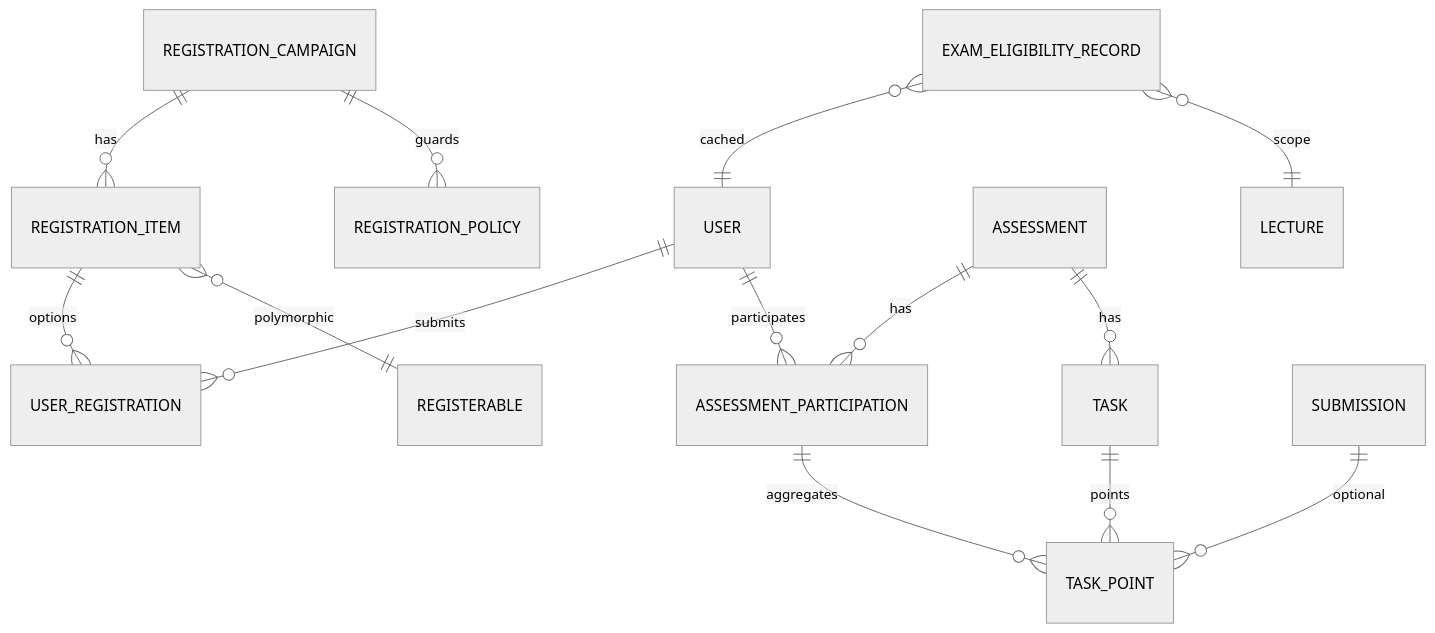
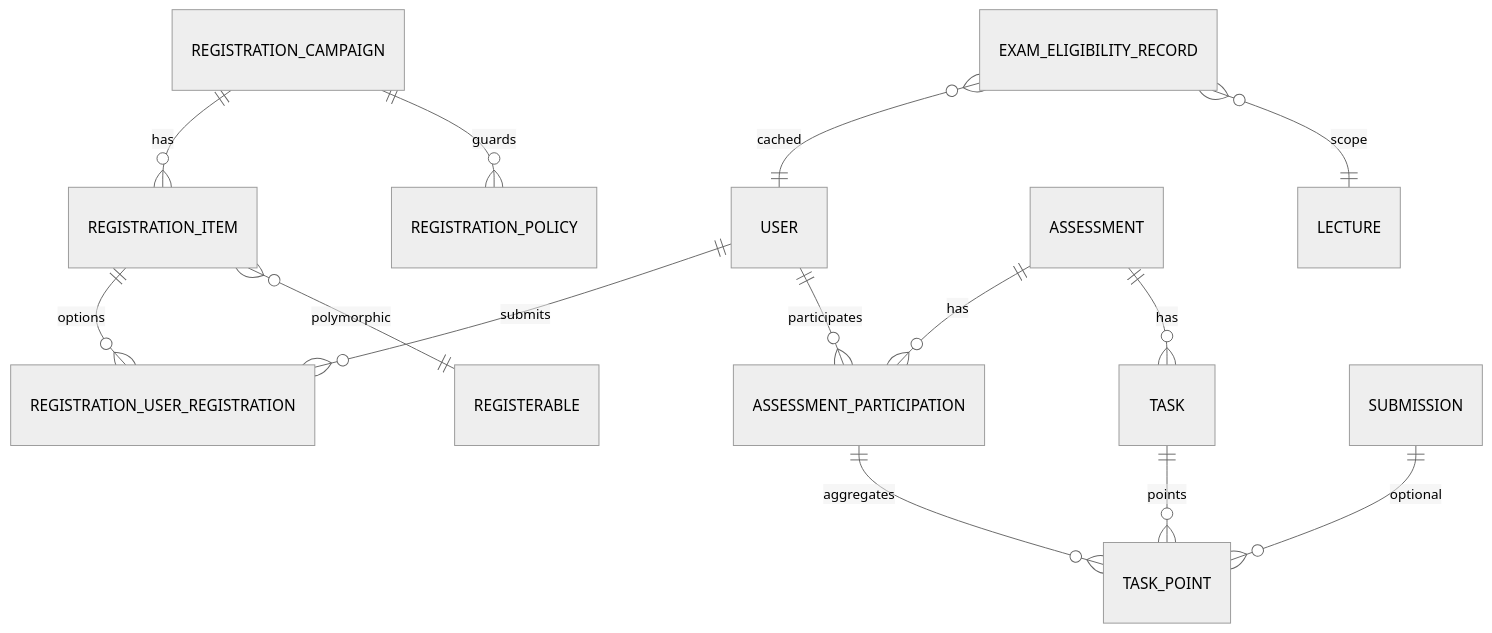
The diagram in architecture/src/features/01-domain-model.md (MaMpf-HD/mampf), drawn with Mermaid (neutral theme) before and after one commit. The commit also changed other lines of this file, not shown here.

Commit message:
Revise domain model documentation for registration layer and assignment algorithm

````diff
--- a/architecture/src/features/01-domain-model.md
+++ b/architecture/src/features/01-domain-model.md
@@ -54,16 +60,16 @@
 ```mermaid
 erDiagram
-	USER ||--o{ USER_REGISTRATION : submits
-	REGISTRATION_CAMPAIGN ||--o{ REGISTRATION_ITEM : has
-	REGISTRATION_ITEM ||--o{ USER_REGISTRATION : options
-	REGISTRATION_CAMPAIGN ||--o{ REGISTRATION_POLICY : guards
-	REGISTRATION_ITEM }o--|| REGISTERABLE : polymorphic
-	ASSESSMENT ||--o{ ASSESSMENT_PARTICIPATION : has
-	ASSESSMENT ||--o{ TASK : has
-	TASK ||--o{ TASK_POINT : points
-	ASSESSMENT_PARTICIPATION ||--o{ TASK_POINT : aggregates
-	SUBMISSION ||--o{ TASK_POINT : optional
-	USER ||--o{ ASSESSMENT_PARTICIPATION : participates
-	EXAM_ELIGIBILITY_RECORD }o--|| USER : cached
-	EXAM_ELIGIBILITY_RECORD }o--|| LECTURE : scope
+    USER ||--o{ REGISTRATION_USER_REGISTRATION : submits
+    REGISTRATION_CAMPAIGN ||--o{ REGISTRATION_ITEM : has
+    REGISTRATION_ITEM ||--o{ REGISTRATION_USER_REGISTRATION : options
+    REGISTRATION_CAMPAIGN ||--o{ REGISTRATION_POLICY : guards
+    REGISTRATION_ITEM }o--|| REGISTERABLE : polymorphic
+    ASSESSMENT ||--o{ ASSESSMENT_PARTICIPATION : has
+    ASSESSMENT ||--o{ TASK : has
+    TASK ||--o{ TASK_POINT : points
+    ASSESSMENT_PARTICIPATION ||--o{ TASK_POINT : aggregates
+    SUBMISSION ||--o{ TASK_POINT : optional
+    USER ||--o{ ASSESSMENT_PARTICIPATION : participates
+    EXAM_ELIGIBILITY_RECORD }o--|| USER : cached
+    EXAM_ELIGIBILITY_RECORD }o--|| LECTURE : scope
 ```
````
